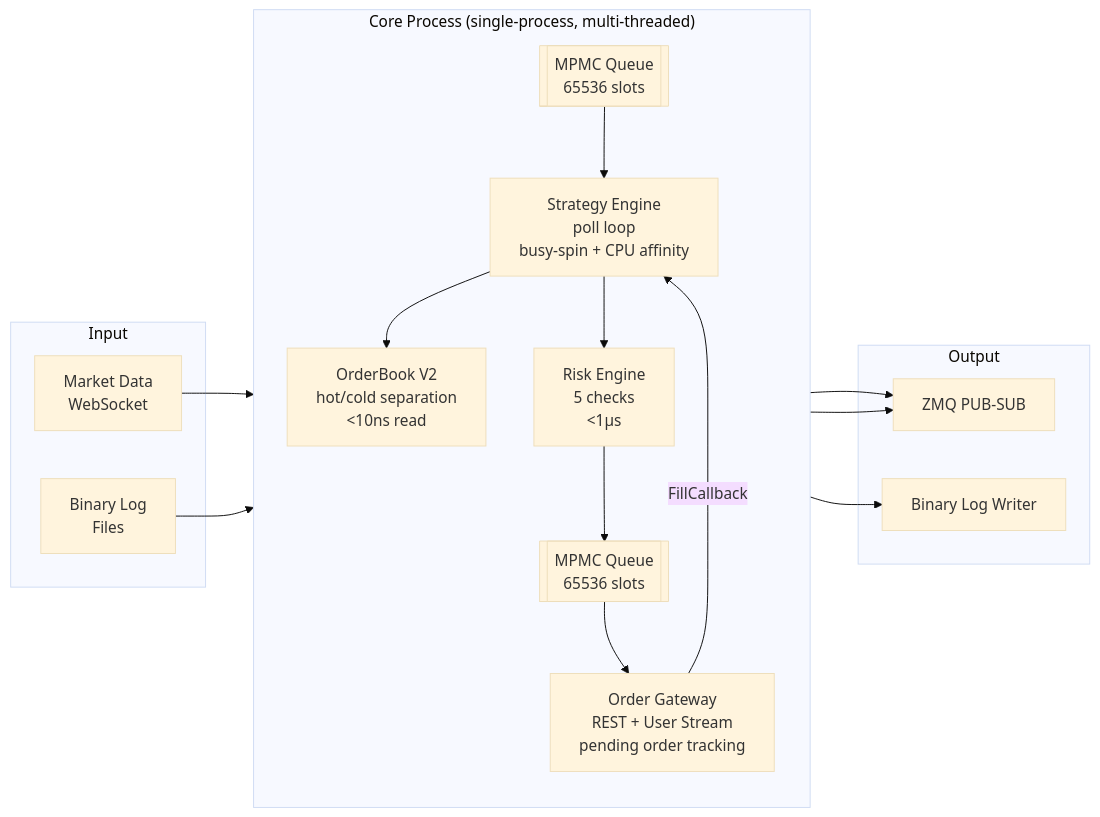
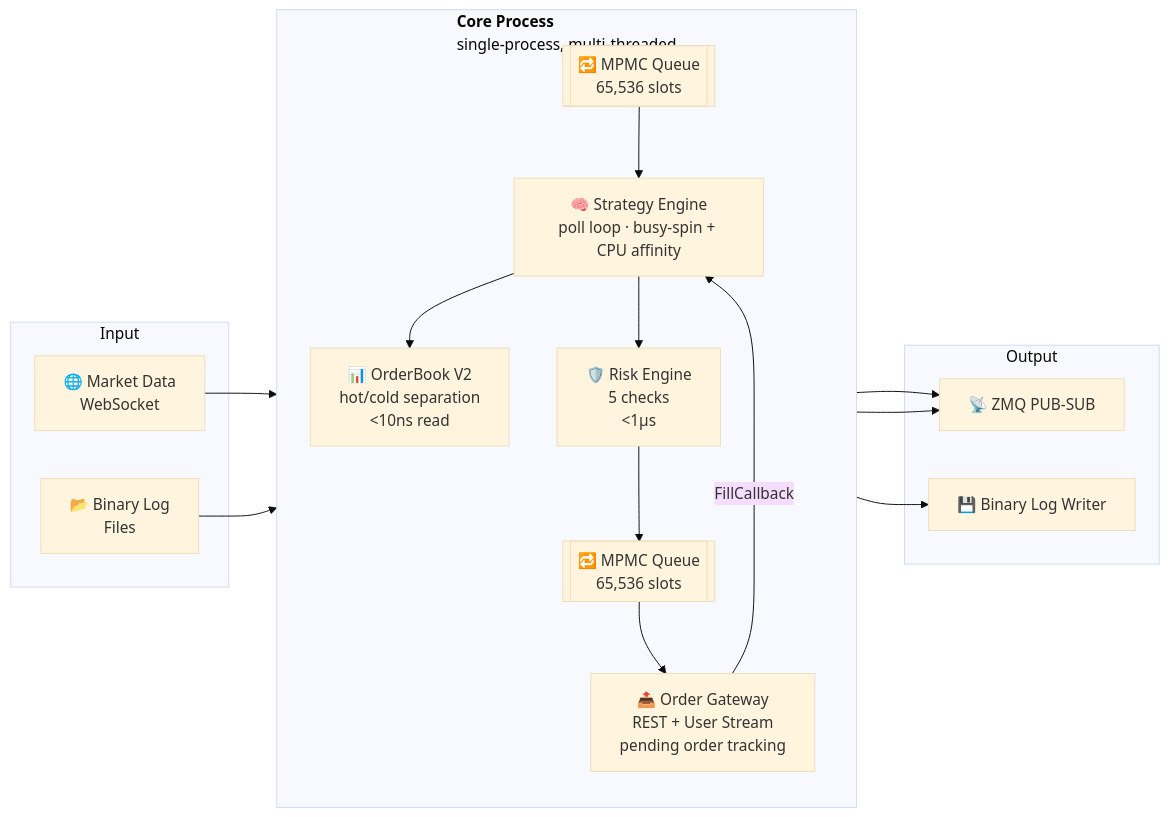
The diagram in README.md (leafxuzm/trading_engine), drawn with Mermaid (base theme) before and after one commit. The commit also changed other lines of this file, not shown here.

````diff
--- a/README.md
+++ b/README.md
@@ -13,34 +34,34 @@
 ```mermaid
 flowchart LR
     subgraph Input
-        MD[Market Data<br/>WebSocket]
-        LOG[Binary Log<br/>Files]
+        MD[🌐 Market Data<br/>WebSocket]
+        LOG[📂 Binary Log<br/>Files]
     end
 
-    subgraph Core["Core Process (single-process, multi-threaded)"]
+    subgraph Core["<b>Core Process</b><br/>single-process, multi-threaded"]
         direction TB
-        Q1[[MPMC Queue<br/>65536 slots]]
-        SE[Strategy Engine<br/>poll loop<br/>busy-spin + CPU affinity]
-        OB[OrderBook V2<br/>hot/cold separation<br/><10ns read]
-        RE[Risk Engine<br/>5 checks<br/><1μs]
-        Q2[[MPMC Queue<br/>65536 slots]]
-        OG[Order Gateway<br/>REST + User Stream<br/>pending order tracking]
+        Q1[["🔁 MPMC Queue<br/>65,536 slots"]]
+        SE["🧠 Strategy Engine<br/>poll loop · busy-spin + CPU affinity"]
+        OB["📊 OrderBook V2<br/>hot/cold separation<br/><10ns read"]
+        RE["🛡️ Risk Engine<br/>5 checks<br/><1μs"]
+        Q2[["🔁 MPMC Queue<br/>65,536 slots"]]
+        OG["📤 Order Gateway<br/>REST + User Stream<br/>pending order tracking"]
     end
 
     subgraph Output
-        ZMQ[ZMQ PUB-SUB]
-        LOGOUT[Binary Log Writer]
+        ZMQ["📡 ZMQ PUB-SUB"]
+        LOGOUT["💾 Binary Log Writer"]
     end
 
     MD --> Q1
     LOG --> Q1
     Q1 --> SE
     SE --> OB
     SE --> RE
     RE --> Q2
     Q2 --> OG
-    OG -->|FillCallback| SE
+    OG -->|"FillCallback"| SE
     OG --> ZMQ
     SE --> ZMQ
     SE --> LOGOUT
 ```
````
